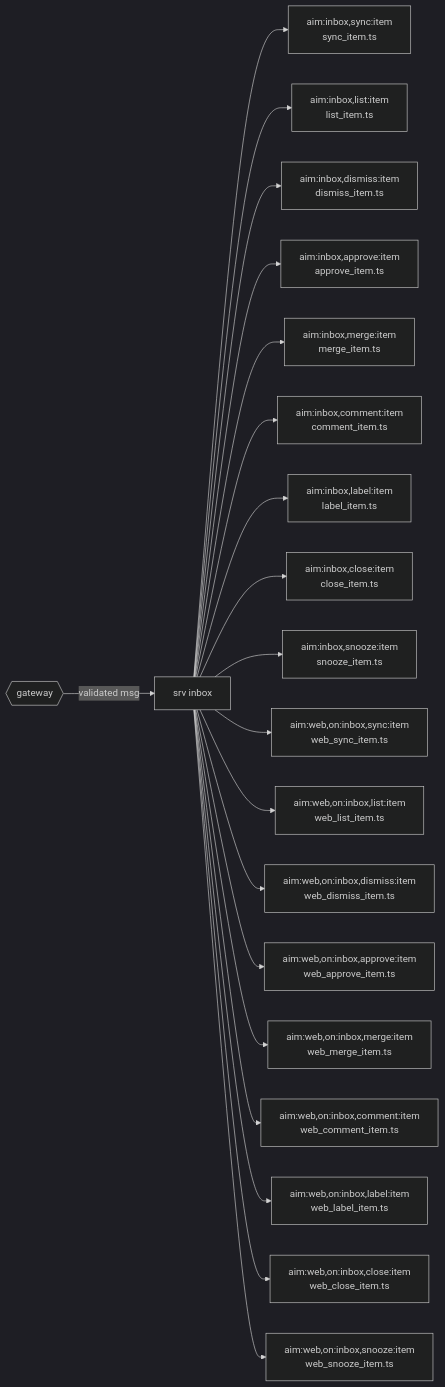
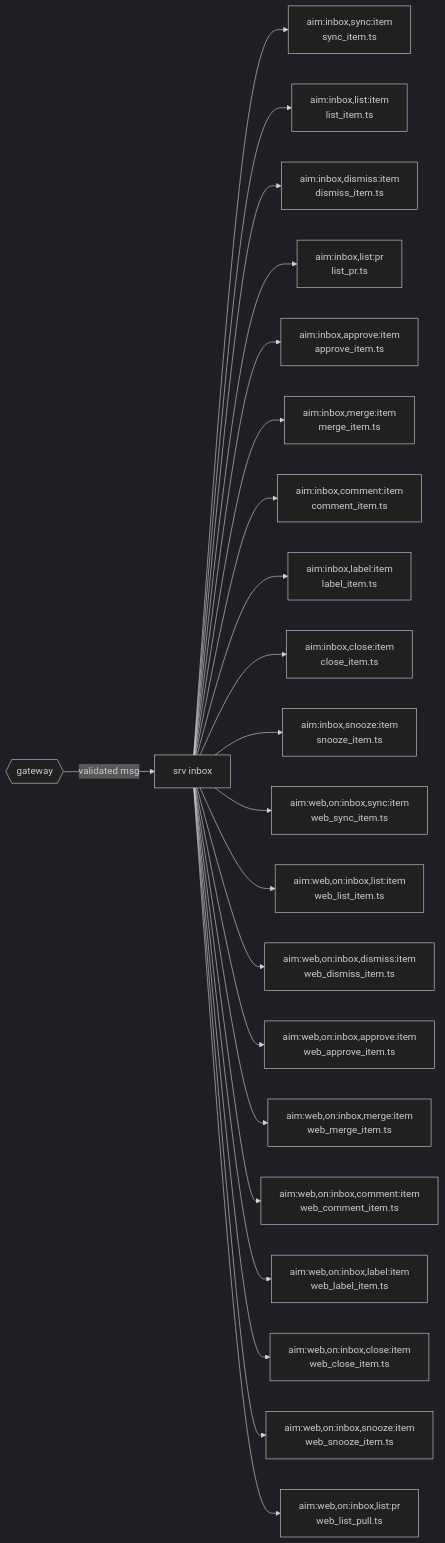
The diagram in backend/src/srv/inbox/README.md (voxgig/repo-manager), drawn with Mermaid (dark theme) before and after one commit. The commit also changed other lines of this file and 8 other files, not shown here.

````diff
--- a/backend/src/srv/inbox/README.md
+++ b/backend/src/srv/inbox/README.md
@@ -33,22 +35,24 @@
 ```mermaid
 flowchart LR
   gateway{{gateway}} -->|validated msg| srv[srv inbox]
   srv --> sync_item["aim:inbox,sync:item<br>sync_item.ts"]
   srv --> list_item["aim:inbox,list:item<br>list_item.ts"]
   srv --> dismiss_item["aim:inbox,dismiss:item<br>dismiss_item.ts"]
+  srv --> list_pr["aim:inbox,list:pr<br>list_pr.ts"]
   srv --> approve_item["aim:inbox,approve:item<br>approve_item.ts"]
   srv --> merge_item["aim:inbox,merge:item<br>merge_item.ts"]
   srv --> comment_item["aim:inbox,comment:item<br>comment_item.ts"]
   srv --> label_item["aim:inbox,label:item<br>label_item.ts"]
   srv --> close_item["aim:inbox,close:item<br>close_item.ts"]
   srv --> snooze_item["aim:inbox,snooze:item<br>snooze_item.ts"]
   srv --> web_sync_item["aim:web,on:inbox,sync:item<br>web_sync_item.ts"]
   srv --> web_list_item["aim:web,on:inbox,list:item<br>web_list_item.ts"]
   srv --> web_dismiss_item["aim:web,on:inbox,dismiss:item<br>web_dismiss_item.ts"]
   srv --> web_approve_item["aim:web,on:inbox,approve:item<br>web_approve_item.ts"]
   srv --> web_merge_item["aim:web,on:inbox,merge:item<br>web_merge_item.ts"]
   srv --> web_comment_item["aim:web,on:inbox,comment:item<br>web_comment_item.ts"]
   srv --> web_label_item["aim:web,on:inbox,label:item<br>web_label_item.ts"]
   srv --> web_close_item["aim:web,on:inbox,close:item<br>web_close_item.ts"]
   srv --> web_snooze_item["aim:web,on:inbox,snooze:item<br>web_snooze_item.ts"]
+  srv --> web_list_pull["aim:web,on:inbox,list:pr<br>web_list_pull.ts"]
 ```
````
